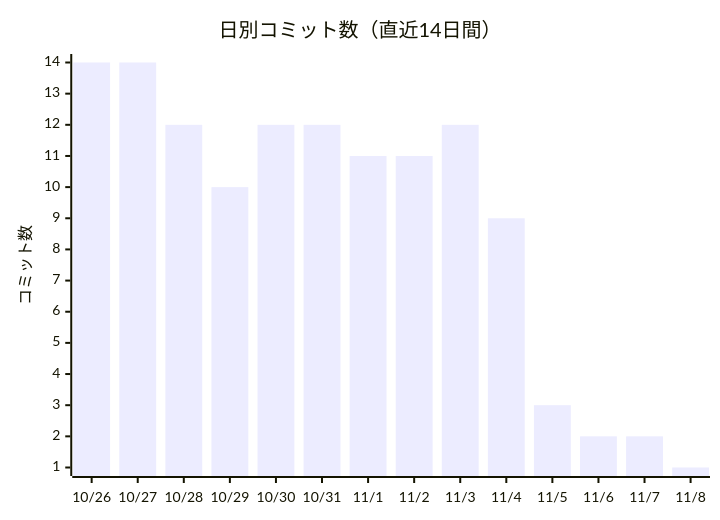
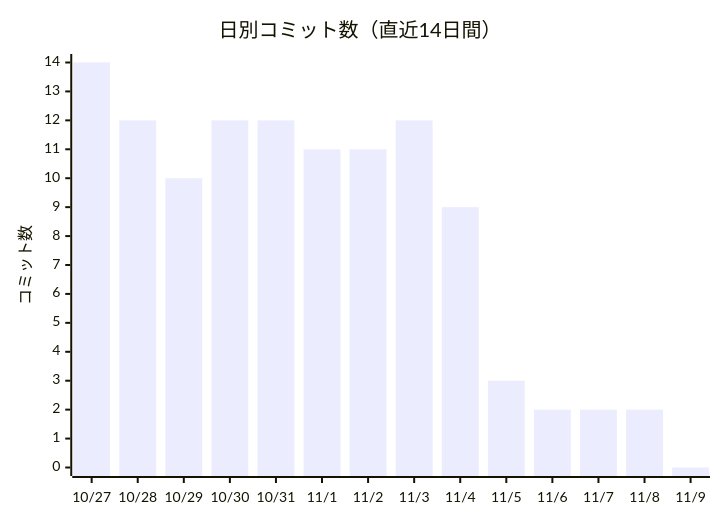
One commit to non-x2/non-x2 changed the first of 2 diagrams in docs/進化レポート.md. Above: the diagram before and after it, drawn with Mermaid. The commit also changed other lines of this file and 1 other file, not shown here.

````diff
--- a/docs/進化レポート.md
+++ b/docs/進化レポート.md
@@ -23,7 +23,7 @@
 ```mermaid
 xychart-beta
     title "日別コミット数（直近14日間）"
-    x-axis ["10/26", "10/27", "10/28", "10/29", "10/30", "10/31", "11/1", "11/2", "11/3", "11/4", "11/5", "11/6", "11/7", "11/8"]
+    x-axis ["10/27", "10/28", "10/29", "10/30", "10/31", "11/1", "11/2", "11/3", "11/4", "11/5", "11/6", "11/7", "11/8", "11/9"]
     y-axis "コミット数"
-    bar [14, 14, 12, 10, 12, 12, 11, 11, 12, 9, 3, 2, 2, 1]
+    bar [14, 12, 10, 12, 12, 11, 11, 12, 9, 3, 2, 2, 2, 0]
 ```
````
